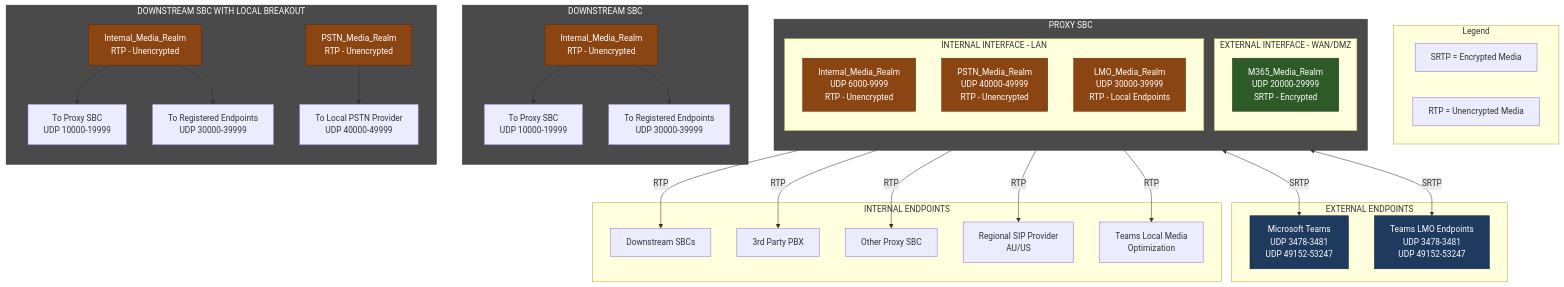
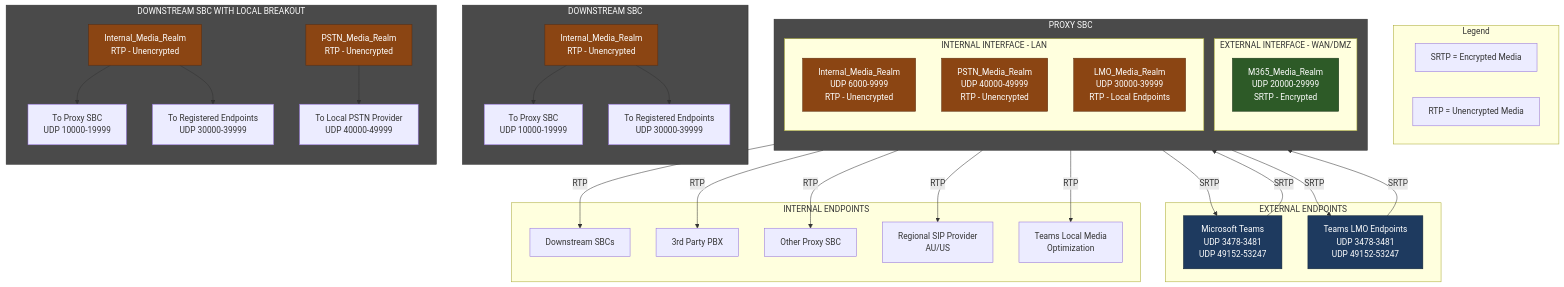
Before and after one commit to kevinsing999/public: diagram 14 of 26 in AudioCodes-AWS-Deployment-Guide.md, drawn with Mermaid. The commit also changed other lines of this file and 4 other files, not shown here.

First line of the commit message:
Fix GitHub mermaid rendering: replace unsupported syntax across 20 diagrams

```diff
--- a/AudioCodes-AWS-Deployment-Guide.md
+++ b/AudioCodes-AWS-Deployment-Guide.md
@@ -3452,8 +3464,10 @@
     end
 
     %% SRTP Encrypted Flows
-    M365 <-->|"SRTP"| TEAMS
-    M365 <-->|"SRTP"| TEAMS_LMO
+    M365 -->|"SRTP"| TEAMS
+    TEAMS -->|"SRTP"| M365
+    M365 -->|"SRTP"| TEAMS_LMO
+    TEAMS_LMO -->|"SRTP"| M365
 
     %% RTP Unencrypted Flows from Proxy SBC
     INTERNAL -->|"RTP"| DS_SBC
```
